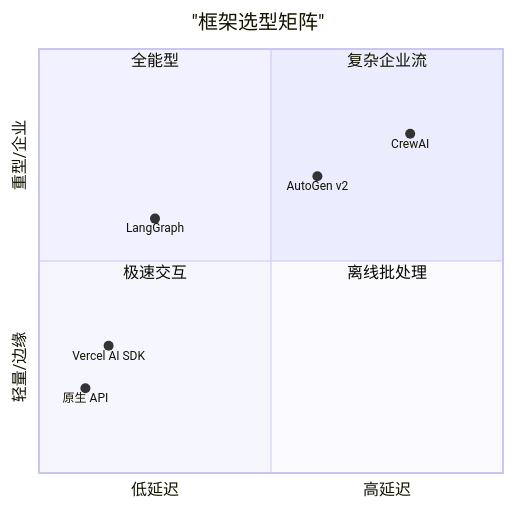
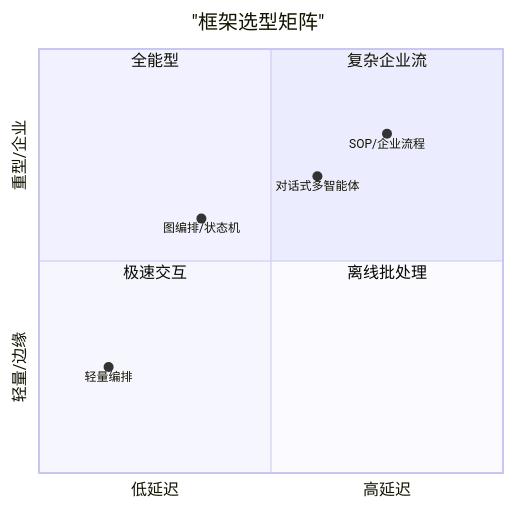
The diagram in 08_frameworks/8.7_performance.md (yeasy/agentic_ai_guide), drawn with Mermaid before and after one commit. The commit also changed other lines of this file and 88 other files, not shown here.

````diff
--- a/08_frameworks/8.7_performance.md
+++ b/08_frameworks/8.7_performance.md
@@ -73,15 +55,14 @@
 ```mermaid
 quadrantChart
     title "框架选型矩阵"
     x-axis "低延迟" --> "高延迟"
     y-axis "轻量/边缘" --> "重型/企业"
     quadrant-1 "复杂企业流"
     quadrant-2 "全能型"
     quadrant-3 "极速交互"
     quadrant-4 "离线批处理"
-    "原生 API": [0.1, 0.2]
-    "Vercel AI SDK": [0.15, 0.3]
-    "LangGraph": [0.25, 0.6]
-    "AutoGen v2": [0.6, 0.7]
-    "CrewAI": [0.8, 0.8]
+    "轻量编排": [0.15, 0.25]
+    "图编排/状态机": [0.35, 0.6]
+    "对话式多智能体": [0.6, 0.7]
+    "SOP/企业流程": [0.75, 0.8]
 ```
````
